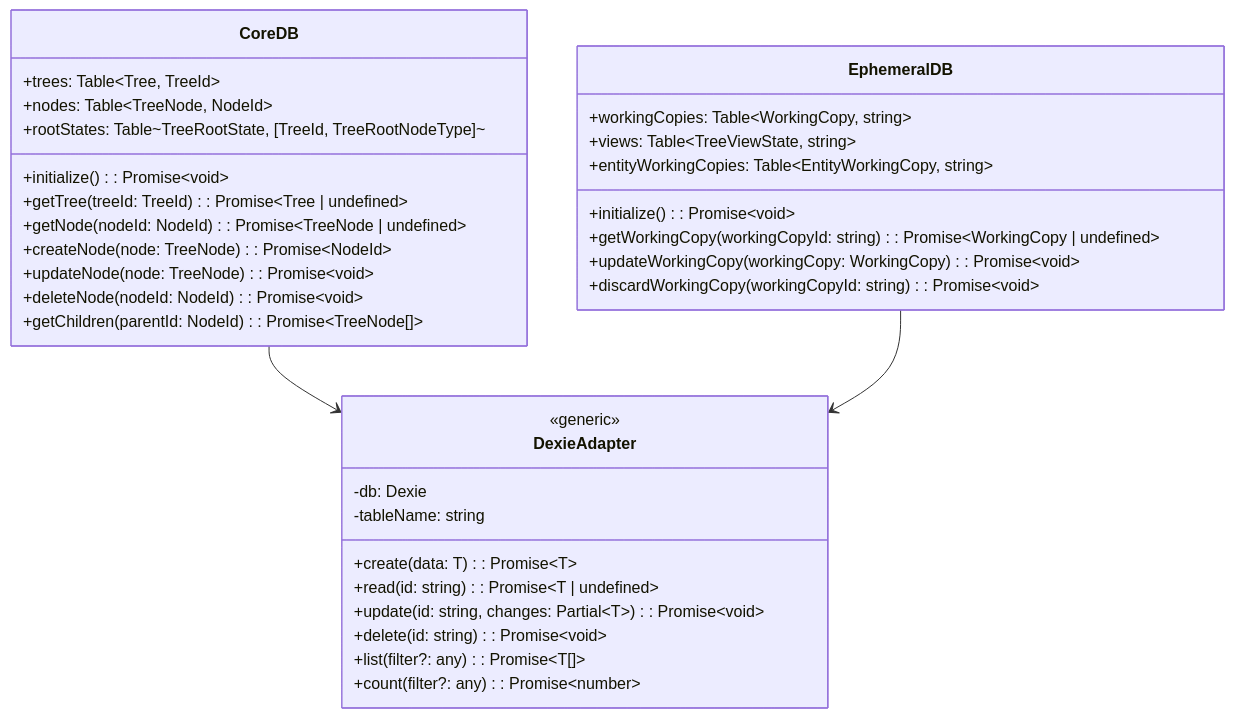
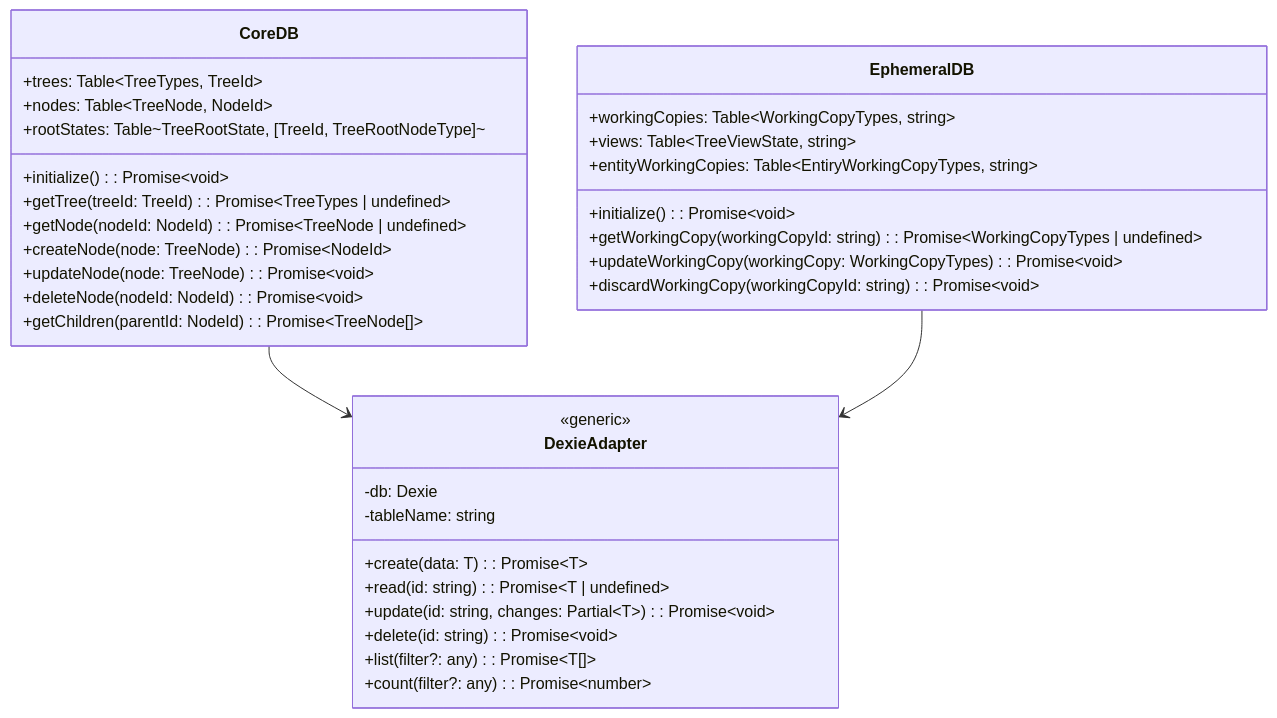
The fourth of 18 diagrams in docs/deprecated/REPORT/technical-architecture-specification.md (kubohiroya/hierarchidb), drawn with Mermaid before and after one commit. The commit also changed other lines of this file and 452 other files, not shown here.

````diff
--- a/docs/deprecated/REPORT/technical-architecture-specification.md
+++ b/docs/deprecated/REPORT/technical-architecture-specification.md
@@ -238,40 +238,40 @@
 ```mermaid
 classDiagram
     class CoreDB {
-        +trees: Table~Tree, TreeId~
+        +trees: Table~TreeTypes, TreeId~
         +nodes: Table~TreeNode, NodeId~
         +rootStates: Table~TreeRootState, [TreeId, TreeRootNodeType]~
         +initialize(): Promise~void~
-        +getTree(treeId: TreeId): Promise~Tree | undefined~
+        +getTree(treeId: TreeId): Promise~TreeTypes | undefined~
         +getNode(nodeId: NodeId): Promise~TreeNode | undefined~
         +createNode(node: TreeNode): Promise~NodeId~
         +updateNode(node: TreeNode): Promise~void~
         +deleteNode(nodeId: NodeId): Promise~void~
         +getChildren(parentId: NodeId): Promise~TreeNode[]~
     }
 
     class EphemeralDB {
-        +workingCopies: Table~WorkingCopy, string~
+        +workingCopies: Table~WorkingCopyTypes, string~
         +views: Table~TreeViewState, string~
-        +entityWorkingCopies: Table~EntityWorkingCopy, string~
+        +entityWorkingCopies: Table~EntiryWorkingCopyTypes, string~
         +initialize(): Promise~void~
-        +getWorkingCopy(workingCopyId: string): Promise~WorkingCopy | undefined~
-        +updateWorkingCopy(workingCopy: WorkingCopy): Promise~void~
+        +getWorkingCopy(workingCopyId: string): Promise~WorkingCopyTypes | undefined~
+        +updateWorkingCopy(workingCopy: WorkingCopyTypes): Promise~void~
         +discardWorkingCopy(workingCopyId: string): Promise~void~
     }
 
     class DexieAdapter {
         <<generic>>
         -db: Dexie
         -tableName: string
         +create(data: T): Promise~T~
         +read(id: string): Promise~T | undefined~
         +update(id: string, changes: Partial~T~): Promise~void~
         +delete(id: string): Promise~void~
         +list(filter?: any): Promise~T[]~
         +count(filter?: any): Promise~number~
     }
 
     CoreDB --> DexieAdapter
     EphemeralDB --> DexieAdapter
 ```
````
